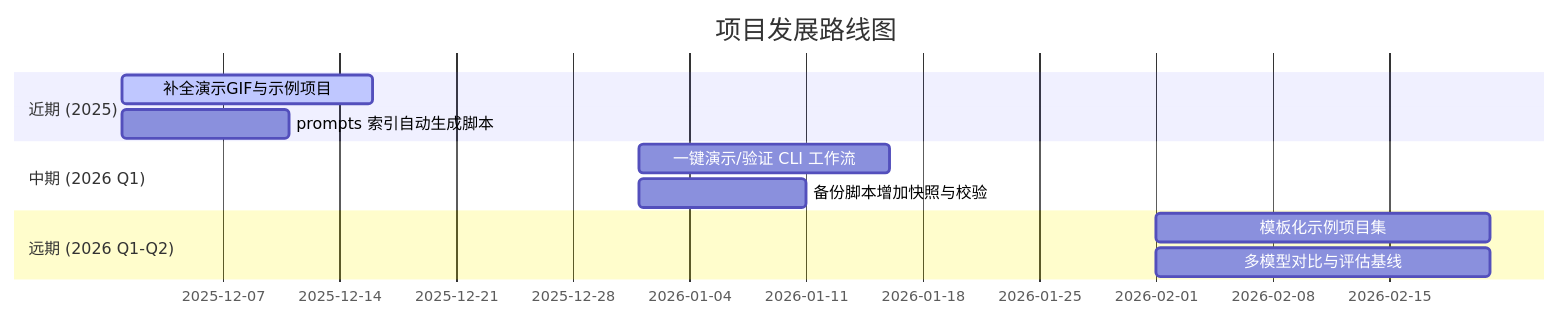
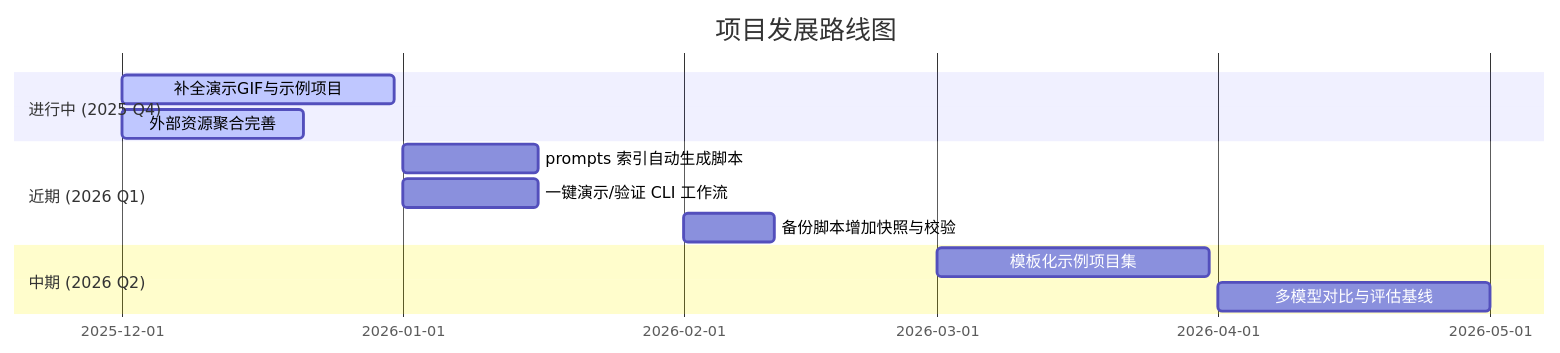
One commit to cliffwoodave14/vibe-coding-cn changed the second of 2 diagrams in README.md. Above: the diagram before and after it, drawn with Mermaid. The commit also changed other lines of this file and 2 other files, not shown here.

````diff
--- a/README.md
+++ b/README.md
@@ -464,14 +449,15 @@
 ```mermaid
 gantt
     title 项目发展路线图
     dateFormat YYYY-MM
-    section 近期 (2025)
-    补全演示GIF与示例项目: active, 2025-12, 15d
-    prompts 索引自动生成脚本: 2025-12, 10d
-    section 中期 (2026 Q1)
+    section 进行中 (2025 Q4)
+    补全演示GIF与示例项目: active, 2025-12, 30d
+    外部资源聚合完善: active, 2025-12, 20d
+    section 近期 (2026 Q1)
+    prompts 索引自动生成脚本: 2026-01, 15d
     一键演示/验证 CLI 工作流: 2026-01, 15d
-    备份脚本增加快照与校验: 2026-01, 10d
-    section 远期 (2026 Q1-Q2)
-    模板化示例项目集: 2026-02, 20d
-    多模型对比与评估基线: 2026-02, 20d
+    备份脚本增加快照与校验: 2026-02, 10d
+    section 中期 (2026 Q2)
+    模板化示例项目集: 2026-03, 30d
+    多模型对比与评估基线: 2026-04, 30d
 ```
````
